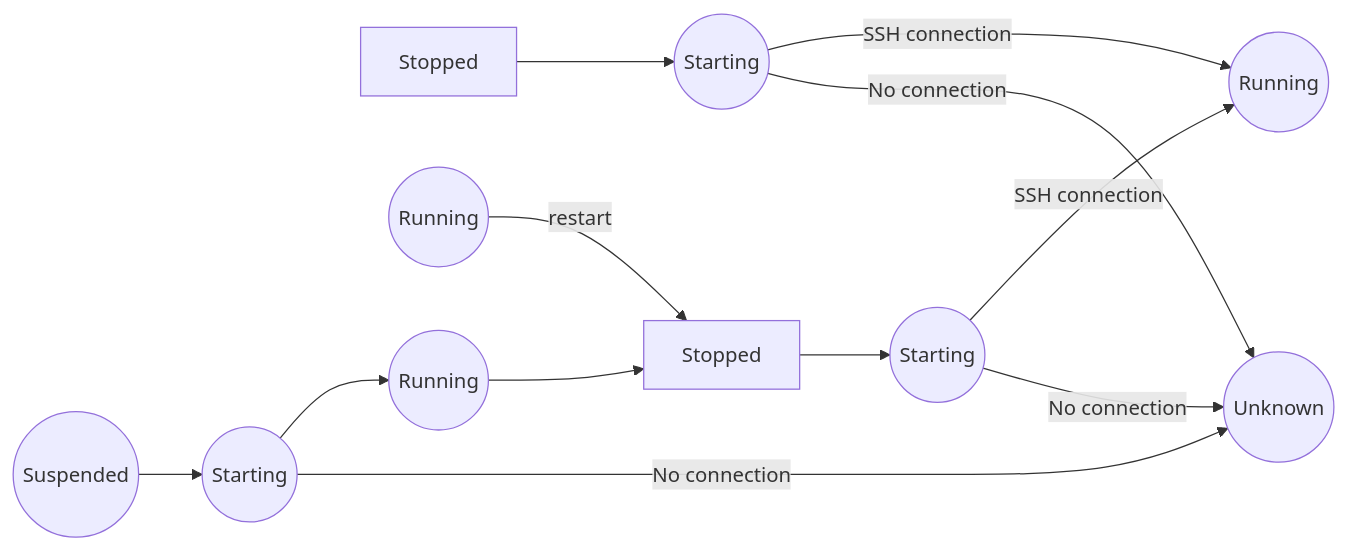
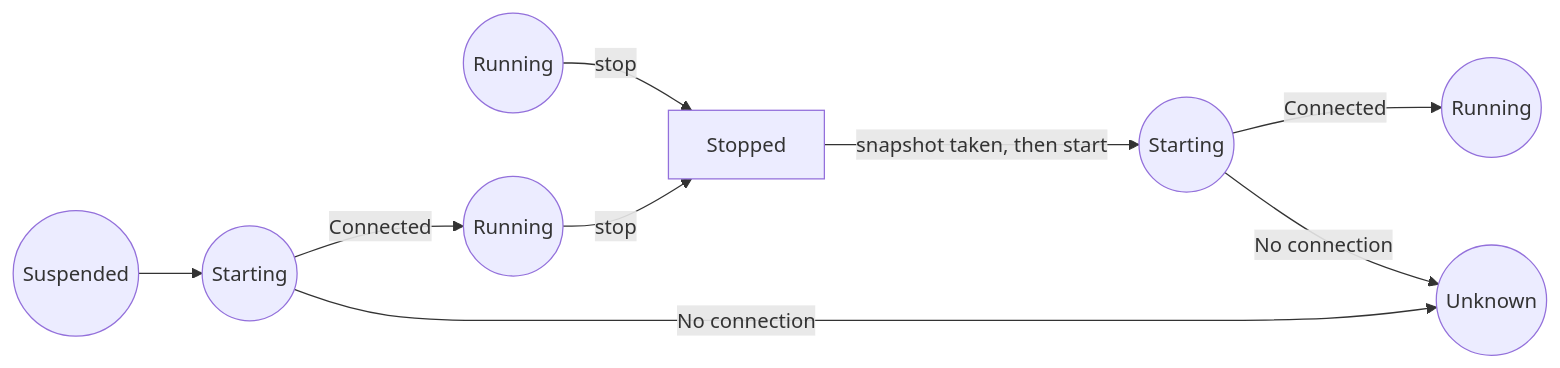
Before and after one commit to canonical/multipass: the eighth of 8 diagrams in docs/explanation/state-transitions.md, drawn with Mermaid. The commit also changed other lines of this file, not shown here.

````diff
--- a/docs/explanation/state-transitions.md
+++ b/docs/explanation/state-transitions.md
@@ -116,15 +185,12 @@
 ```{mermaid}
 flowchart LR
-    StoppedBefore[Stopped] --> StartingFromStopped((Starting))
-    RunningBefore((Running)) -->|restart| Stopped[Stopped]
+    RunningBefore((Running)) -->|stop| Stopped[Stopped]
     Suspended((Suspended)) --> StartingFromSuspended((Starting))
-    StartingFromSuspended --> RunningAfterResume((Running))
-    RunningAfterResume --> Stopped
-    Stopped --> StartingAfterSnapshot((Starting))
+    StartingFromSuspended -->|Connected| RunningAfterResume((Running))
+    RunningAfterResume -->|stop| Stopped
+    Stopped -->|"snapshot taken, then start"| StartingAfterSnapshot((Starting))
 
-    StartingFromStopped -->|SSH connection| Running((Running))
-    StartingAfterSnapshot -->|SSH connection| Running
-    StartingFromStopped --->|No connection| Unknown((Unknown))
-    StartingFromSuspended -->|No connection| Unknown
+    StartingAfterSnapshot -->|Connected| Running((Running))
+    StartingFromSuspended -->|No connection| Unknown((Unknown))
     StartingAfterSnapshot -->|No connection| Unknown
 ```
````
